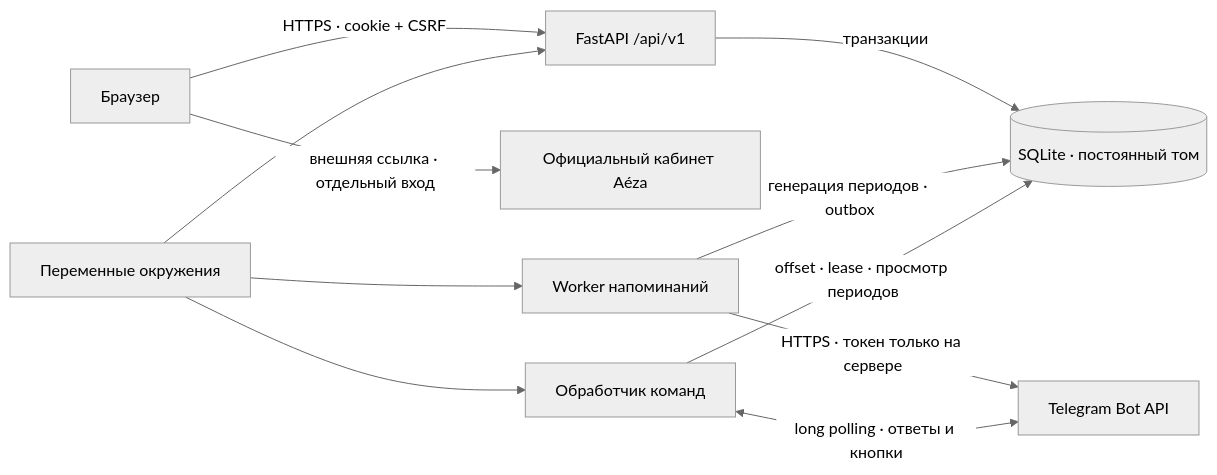
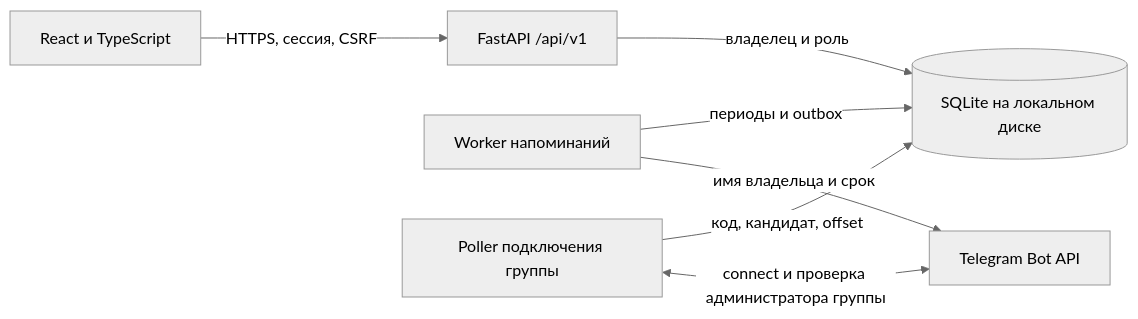
Before and after one commit to MadSparr0w0/aeza-renewals: the diagram in docs/architecture.md, drawn with Mermaid (neutral theme). The commit also changed other lines of this file and 17 other files, not shown here.

````diff
--- a/docs/architecture.md
+++ b/docs/architecture.md
@@ -9,13 +13,9 @@
 ```mermaid
 flowchart LR
-    B[Браузер] -->|HTTPS · cookie + CSRF| A[FastAPI /api/v1]
-    B -->|внешняя ссылка · отдельный вход| P[Официальный кабинет Aéza]
-    A -->|транзакции| D[(SQLite · постоянный том)]
-    W[Worker напоминаний] -->|генерация периодов · outbox| D
-    W -->|HTTPS · токен только на сервере| T[Telegram Bot API]
-    C[Обработчик команд] -->|offset · lease · просмотр периодов| D
-    C <-->|long polling · ответы и кнопки| T
-    E[Переменные окружения] --> A
-    E --> W
-    E --> C
+    B[React и TypeScript] -->|HTTPS, сессия, CSRF| A[FastAPI /api/v1]
+    A -->|владелец и роль| D[(SQLite на локальном диске)]
+    W[Worker напоминаний] -->|периоды и outbox| D
+    P[Poller подключения группы] -->|код, кандидат, offset| D
+    P <-->|connect и проверка администратора группы| T[Telegram Bot API]
+    W -->|имя владельца и срок| T
 ```
````
